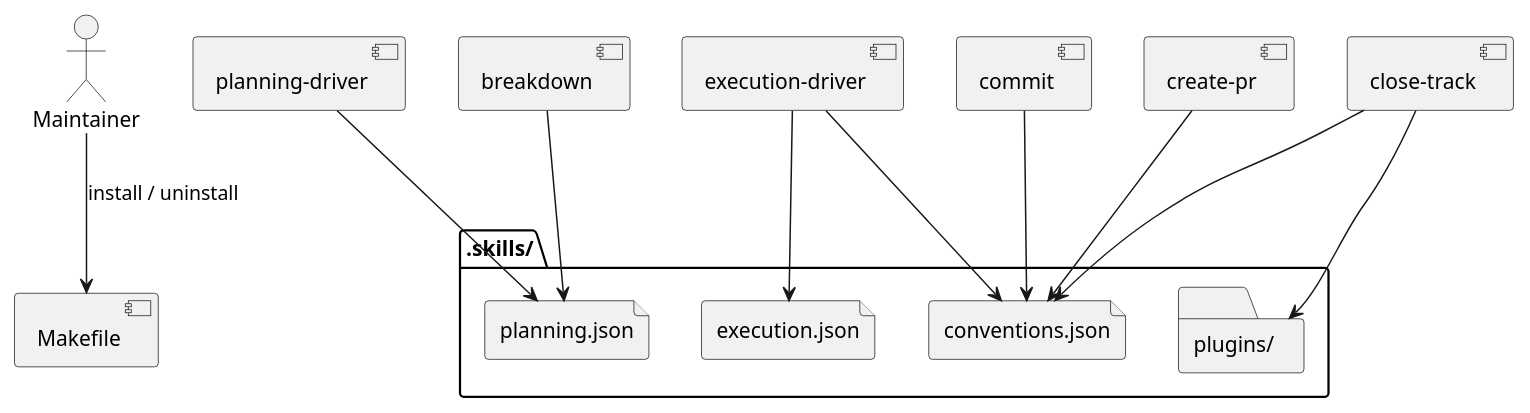
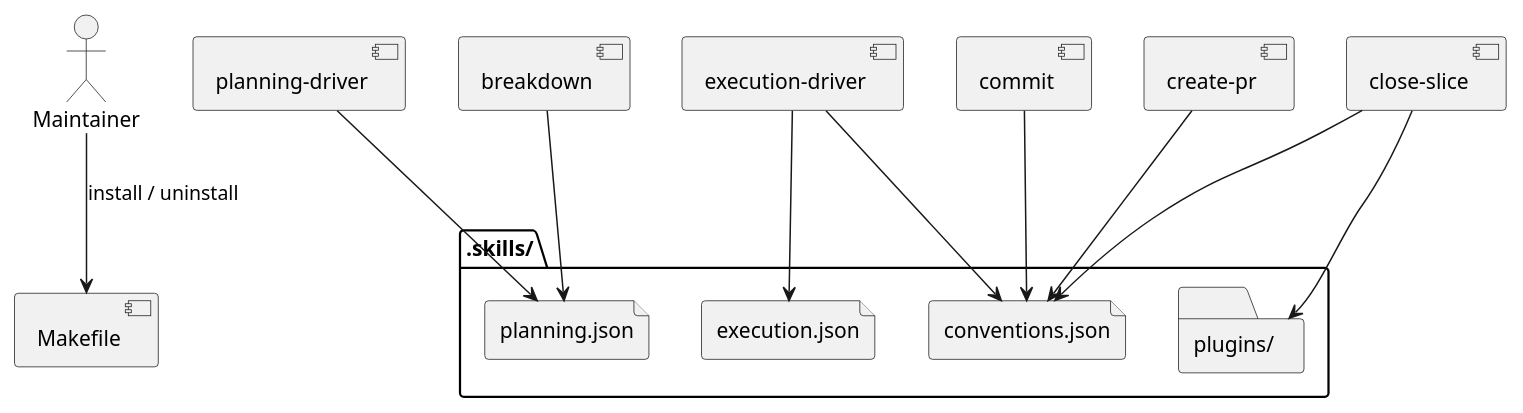
One commit to sirius-cc-wu/sirius-skills changed the diagram in docs/features/installation-and-configuration/system-design.md. Above: the diagram before and after it, drawn with PlantUML. The commit also changed other lines of this file and 65 other files, not shown here.

````diff
--- a/docs/features/installation-and-configuration/system-design.md
+++ b/docs/features/installation-and-configuration/system-design.md
@@ -38,28 +38,28 @@
 ```plantuml
 @startuml
 actor Maintainer
 folder ".skills/" {
   file "planning.json"
   file "execution.json"
   file "conventions.json"
   folder "plugins/"
 }
 component Makefile
 component "planning-driver" as Planning
 component "execution-driver" as Execution
 component commit
 component "create-pr" as CreatePR
 component breakdown
-component "close-track" as CloseTrack
+component "close-slice" as CloseTrack
 
 Maintainer --> Makefile : install / uninstall
 Planning --> "planning.json"
 Execution --> "execution.json"
 Execution --> "conventions.json"
 commit --> "conventions.json"
 CreatePR --> "conventions.json"
 breakdown --> "planning.json"
 CloseTrack --> "conventions.json"
 CloseTrack --> "plugins/"
 @enduml
 ```
````
